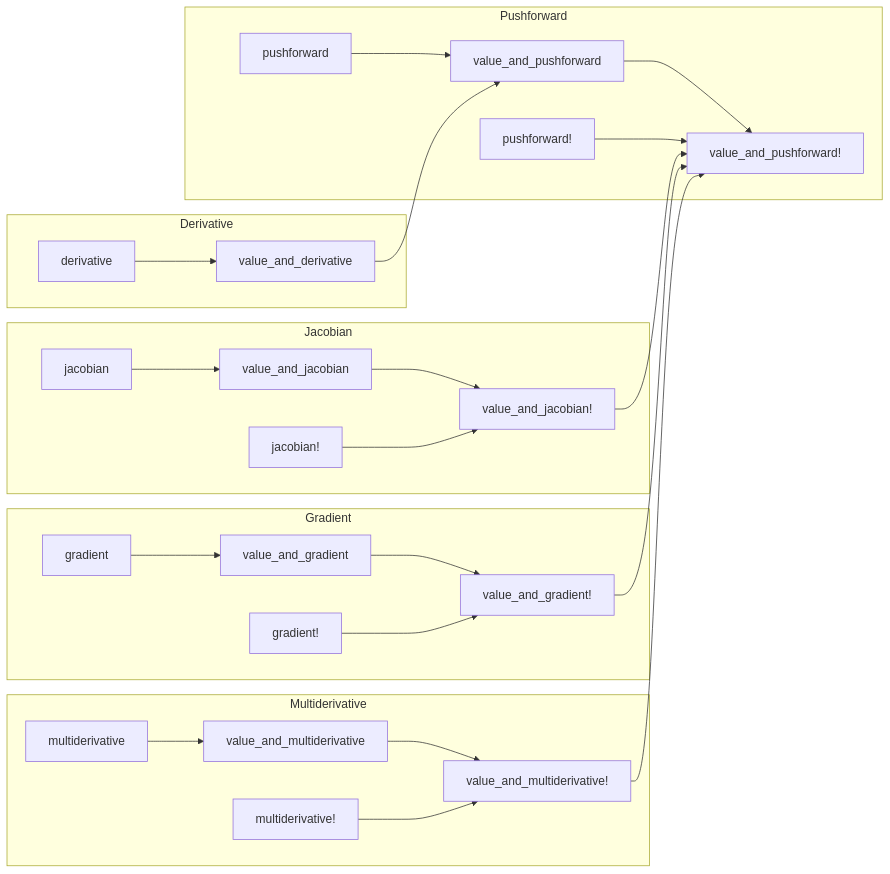
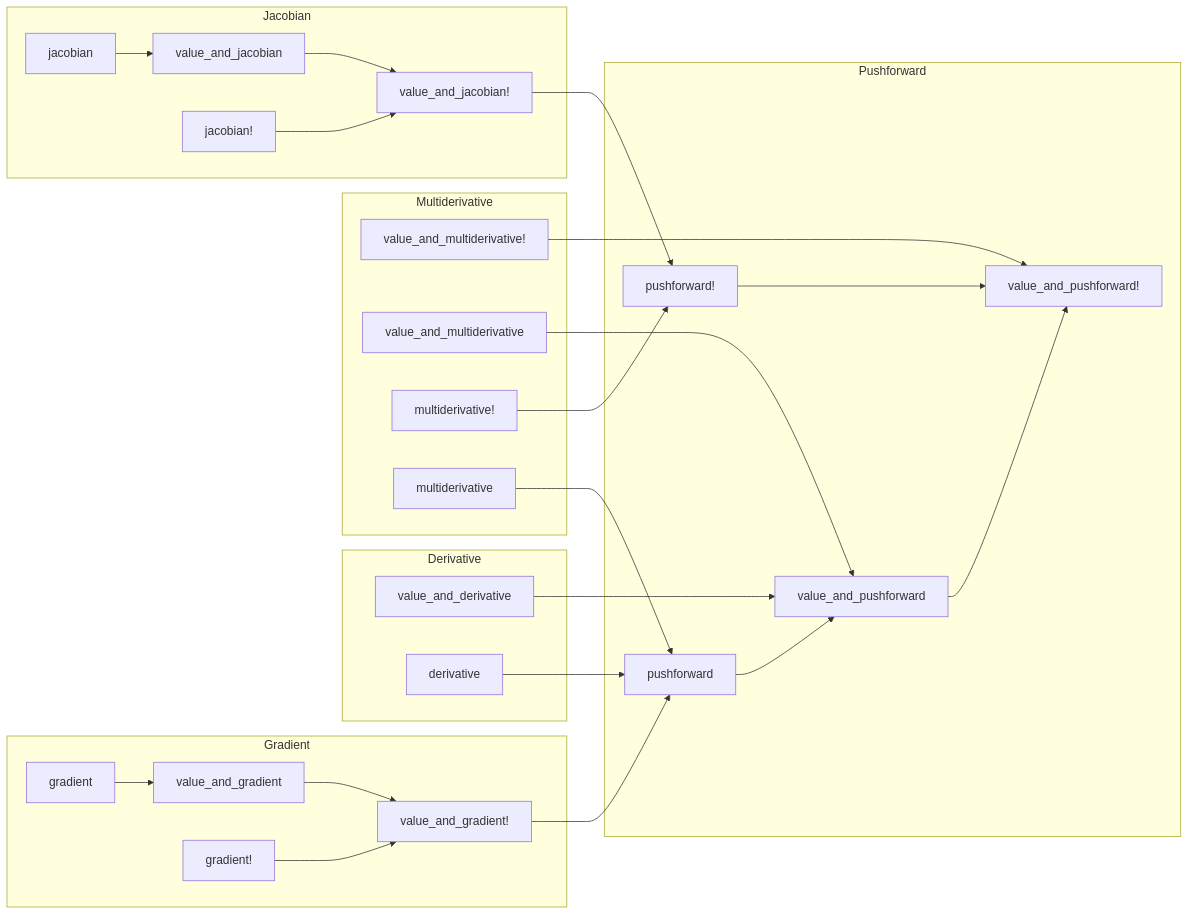
One commit to gdalle/DifferentiationInterface.jl changed the first of 2 diagrams in docs/src/developer.md. Above: the diagram before and after it, drawn with Mermaid. The commit also changed other lines of this file and 6 other files, not shown here.

````diff
--- a/docs/src/developer.md
+++ b/docs/src/developer.md
@@ -20,35 +20,35 @@
 ```mermaid
 flowchart LR
+    subgraph Pushforward
+    value_and_pushforward!
+    value_and_pushforward --> value_and_pushforward!
+    pushforward! --> value_and_pushforward!
+    pushforward --> value_and_pushforward
+    end
+
+    subgraph Derivative
+    value_and_derivative --> value_and_pushforward
+    derivative --> pushforward
+    end
+    
+    subgraph Multiderivative
+    value_and_multiderivative! --> value_and_pushforward!
+    value_and_multiderivative --> value_and_pushforward
+    multiderivative! --> pushforward!
+    multiderivative --> pushforward
+    end
+
     subgraph Gradient
-    gradient --> value_and_gradient
+    value_and_gradient! --> pushforward
     value_and_gradient --> value_and_gradient!
     gradient! --> value_and_gradient!
+    gradient --> value_and_gradient
     end
 
     subgraph Jacobian
-    jacobian --> value_and_jacobian
+    value_and_jacobian! --> pushforward!
     value_and_jacobian --> value_and_jacobian!
     jacobian! --> value_and_jacobian!
+    jacobian --> value_and_jacobian
     end
-
-    subgraph Multiderivative
-    multiderivative --> value_and_multiderivative
-    value_and_multiderivative --> value_and_multiderivative!
-    multiderivative! --> value_and_multiderivative!
-    end
-
-    subgraph Derivative
-    derivative --> value_and_derivative
-    end
-
-    subgraph Pushforward
-    pushforward --> value_and_pushforward
-    value_and_pushforward --> value_and_pushforward!
-    pushforward! --> value_and_pushforward!
-    end
-
-    value_and_jacobian! --> value_and_pushforward!
-    value_and_gradient! --> value_and_pushforward!
-    value_and_multiderivative! --> value_and_pushforward!
-    value_and_derivative --> value_and_pushforward
 ```
````
